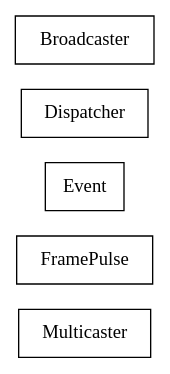
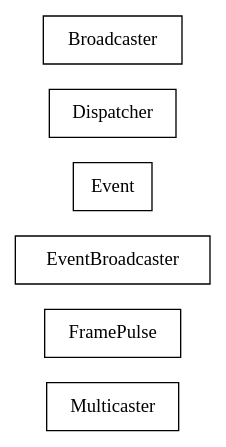
One commit to sekati/sasapi changed the diagram in docs/com/sekati/events/classes.dot. Above: the diagram before and after it, drawn with Graphviz. The commit also changed 62 other files, not shown here.

```diff
--- a/docs/com/sekati/events/classes.dot
+++ b/docs/com/sekati/events/classes.dot
@@ -1,33 +1,39 @@
 strict digraph class_diagram {
   rankdir=LR;
   TypeMulticaster[
     label="Multicaster",
     URL="Multicaster.html",
     tooltip="com.sekati.events.Multicaster",
     shape="record"
   ];
   TypeFramePulse[
     label="FramePulse",
     URL="FramePulse.html",
     tooltip="com.sekati.events.FramePulse",
+    shape="record"
+  ];
+  TypeEventBroadcaster[
+    label="EventBroadcaster",
+    URL="EventBroadcaster.html",
+    tooltip="com.sekati.events.EventBroadcaster",
     shape="record"
   ];
   TypeEvent[
     label="Event",
     URL="Event.html",
     tooltip="com.sekati.events.Event",
     shape="record"
   ];
   TypeDispatcher[
     label="Dispatcher",
     URL="Dispatcher.html",
     tooltip="com.sekati.events.Dispatcher",
     shape="record"
   ];
   TypeBroadcaster[
     label="Broadcaster",
     URL="Broadcaster.html",
     tooltip="com.sekati.events.Broadcaster",
     shape="record"
   ];
 }
```
